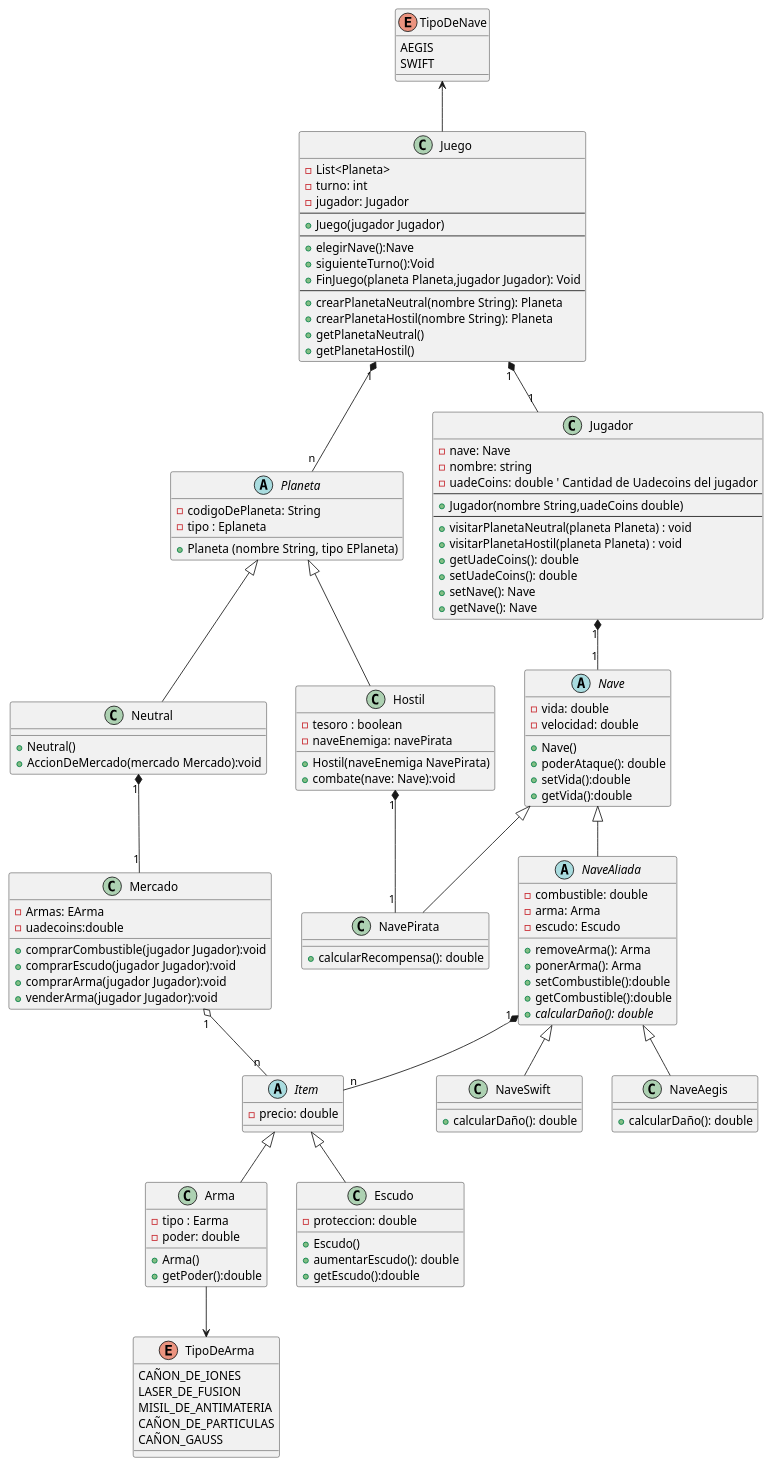
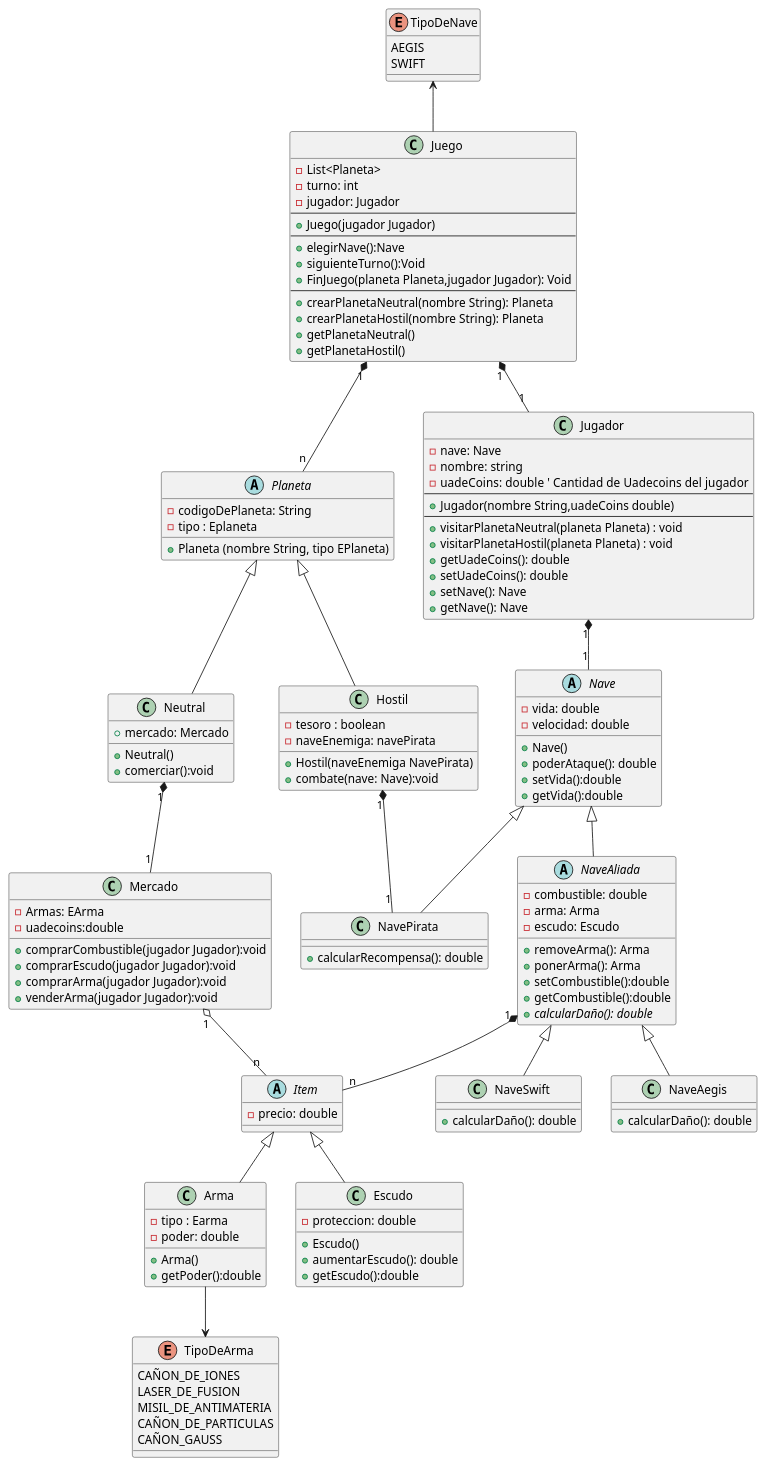
Before and after one commit to ianlio-git/LostGalaxy: the diagram in src/TPO_classDiagram/TPO_ClassDiagram.puml, drawn with PlantUML. The commit also changed 4 other files, not shown here.

Commit message:
diagrama de secuencia

```diff
--- a/src/TPO_classDiagram/TPO_ClassDiagram.puml
+++ b/src/TPO_classDiagram/TPO_ClassDiagram.puml
@@ -1,138 +1,139 @@
 @startuml
 'class Juego
 TipoDeNave <-- Juego
 enum TipoDeNave{
     AEGIS
     SWIFT
 }
 Arma --> TipoDeArma
 enum TipoDeArma{
    CAÑON_DE_IONES
    LASER_DE_FUSION
    MISIL_DE_ANTIMATERIA
    CAÑON_DE_PARTICULAS
    CAÑON_GAUSS
 }
 Juego "1" *-- "n" Planeta
 Juego "1" *-- "1" Jugador
 class Juego {
     - List<Planeta>
     - turno: int
     - jugador: Jugador
     --
     + Juego(jugador Jugador)
     --
     + elegirNave():Nave
     + siguienteTurno():Void
     + FinJuego(planeta Planeta,jugador Jugador): Void
     --
     + crearPlanetaNeutral(nombre String): Planeta
     + crearPlanetaHostil(nombre String): Planeta
     + getPlanetaNeutral()
     + getPlanetaHostil()
 }
 Jugador "1" *-- "1" Nave
 'class Jugador
 class Jugador {
     - nave: Nave
     - nombre: string
     - uadeCoins: double  ' Cantidad de Uadecoins del jugador
     --
     + Jugador(nombre String,uadeCoins double)
     --
     + visitarPlanetaNeutral(planeta Planeta) : void
     + visitarPlanetaHostil(planeta Planeta) : void
     + getUadeCoins(): double
     + setUadeCoins(): double
     + setNave(): Nave
     + getNave(): Nave
 }
 
 'class Nave
 abstract class Nave {
     - vida: double
     - velocidad: double
     + Nave()
     + poderAtaque(): double
     + setVida():double
     + getVida():double
 }
 abstract class NaveAliada extends Nave{
  - combustible: double
  - arma: Arma
  - escudo: Escudo
  + removeArma(): Arma
  + ponerArma(): Arma
  + setCombustible():double
  + getCombustible():double
  + {abstract} calcularDaño(): double
 }
 ' Clase para Nave Aegis
 class NaveAegis extends NaveAliada{
 + calcularDaño(): double
 }
 ' Clase para Nave Swift
 class NaveSwift extends NaveAliada {
 + calcularDaño(): double
 }
 NaveAliada "1"*--"n" Item
 abstract class Item{
 - precio: double
 
 }
 'class Arma
 class Arma extends Item{
     - tipo : Earma
     - poder: double
     + Arma()
     + getPoder():double
 }
 
 'class Escudo
 class Escudo extends Item {
     - proteccion: double
     + Escudo()
     + aumentarEscudo(): double
     + getEscudo():double
 }
 Hostil "1"*--"1" NavePirata
 'class Enemigo
 class NavePirata extends Nave {
     + calcularRecompensa(): double
 }
 
 'class Planeta
 
 Neutral "1"*--"1" Mercado
 abstract class Planeta {
     - codigoDePlaneta: String
     - tipo : Eplaneta
     + Planeta (nombre String, tipo EPlaneta)
 }
 
 'class Mercado
 class Neutral extends Planeta{
+    + mercado: Mercado
     + Neutral()
-    + AccionDeMercado(mercado Mercado):void
+    + comerciar():void
 }
 Mercado "1" o-- "n" Item
 class Mercado {
     -Armas: EArma
     -uadecoins:double
     + comprarCombustible(jugador Jugador):void
     + comprarEscudo(jugador Jugador):void
     + comprarArma(jugador Jugador):void
     + venderArma(jugador Jugador):void
 
 }
 
 'Subclase de Planeta: Hostil
 class Hostil extends Planeta{
     - tesoro : boolean
     - naveEnemiga: navePirata
     + Hostil(naveEnemiga NavePirata)
     + combate(nave: Nave):void
 }
 
 
 @enduml
```
